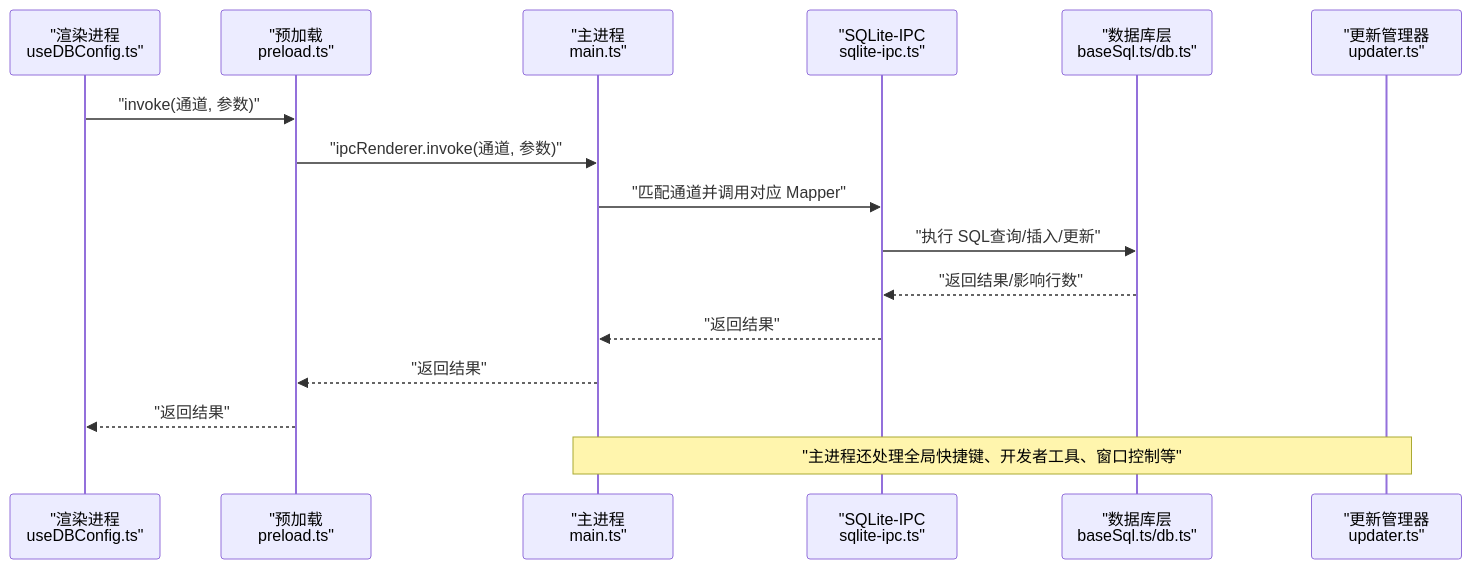
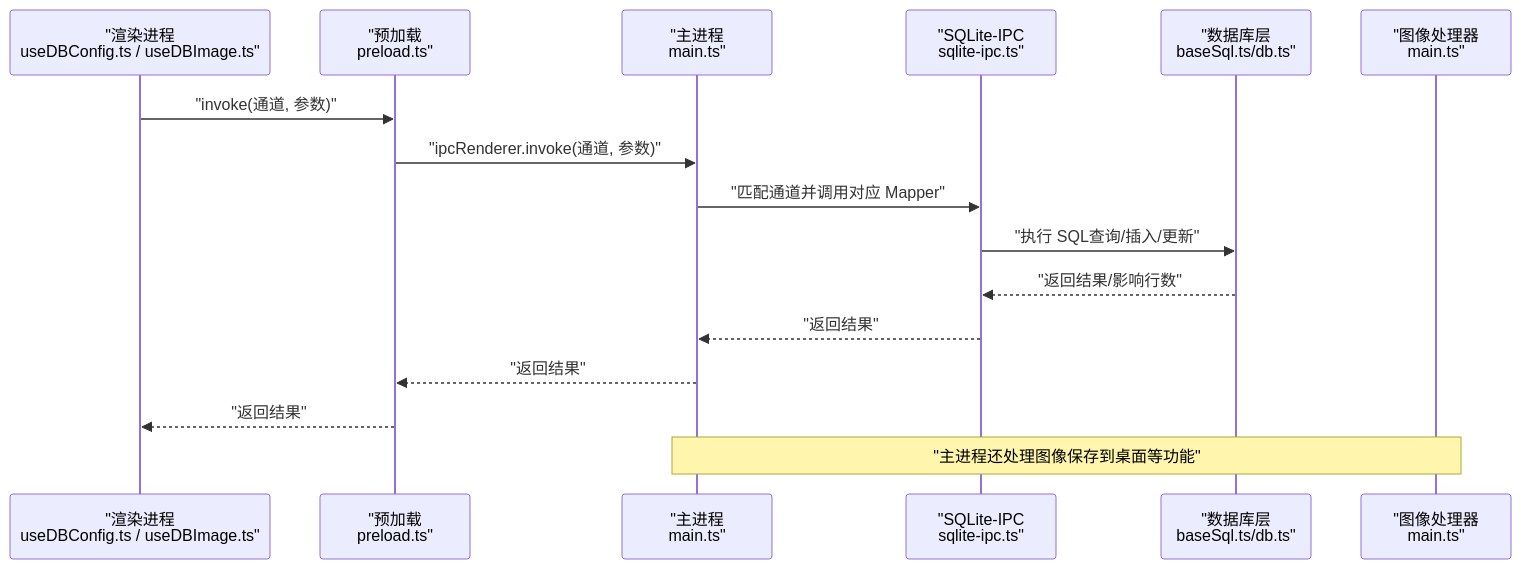
The second of 9 diagrams in .qoder/repowiki/zh/content/架构设计/IPC通信机制.md (scgithub3220216/password-manager), drawn with Mermaid before and after one commit. The commit also changed other lines of this file and 9 other files, not shown here.

First line of the commit message:
feat(sync): 新增图像数据同步支持

````diff
--- a/.qoder/repowiki/zh/content/架构设计/IPC通信机制.md
+++ b/.qoder/repowiki/zh/content/架构设计/IPC通信机制.md
@@ -118,18 +134,18 @@
 ```mermaid
 sequenceDiagram
-participant Renderer as "渲染进程<br/>useDBConfig.ts"
+participant Renderer as "渲染进程<br/>useDBConfig.ts / useDBImage.ts"
 participant Preload as "预加载<br/>preload.ts"
 participant Main as "主进程<br/>main.ts"
 participant SQLiteIPC as "SQLite-IPC<br/>sqlite-ipc.ts"
 participant DBLayer as "数据库层<br/>baseSql.ts/db.ts"
-participant Updater as "更新管理器<br/>updater.ts"
+participant ImageHandler as "图像处理器<br/>main.ts"
 Renderer->>Preload : "invoke(通道, 参数)"
 Preload->>Main : "ipcRenderer.invoke(通道, 参数)"
 Main->>SQLiteIPC : "匹配通道并调用对应 Mapper"
 SQLiteIPC->>DBLayer : "执行 SQL查询/插入/更新"
 DBLayer-->>SQLiteIPC : "返回结果/影响行数"
 SQLiteIPC-->>Main : "返回结果"
 Main-->>Preload : "返回结果"
 Preload-->>Renderer : "返回结果"
-Note over Main,Updater : "主进程还处理全局快捷键、开发者工具、窗口控制等"
+Note over Main,ImageHandler : "主进程还处理图像保存到桌面等功能"
 ```
````
